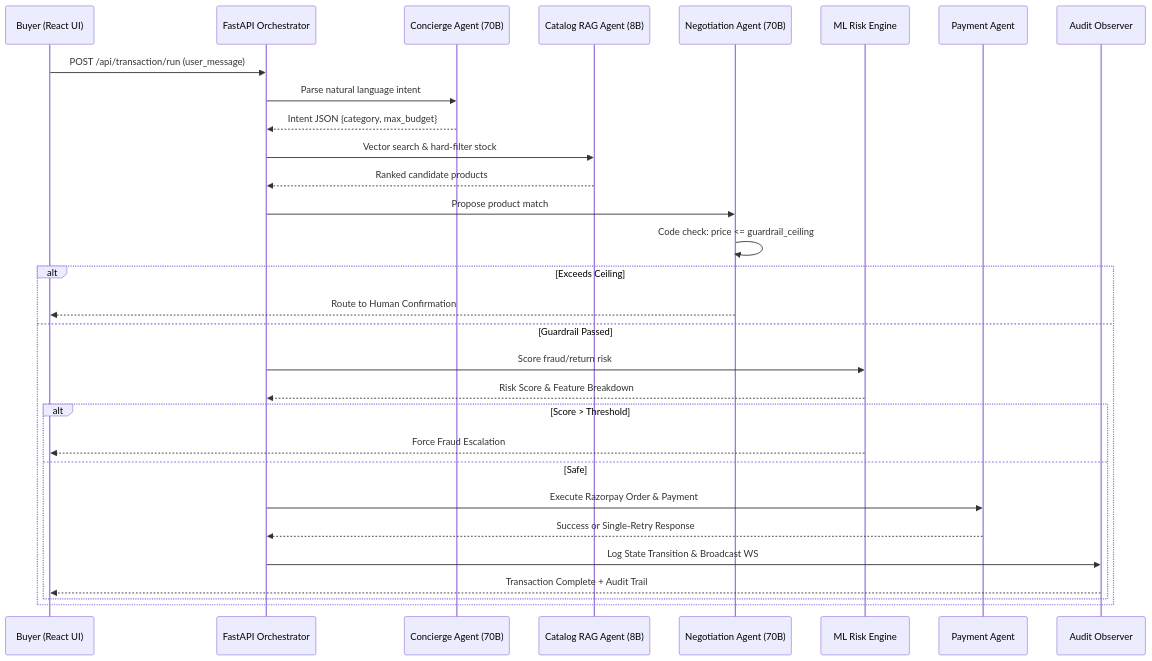
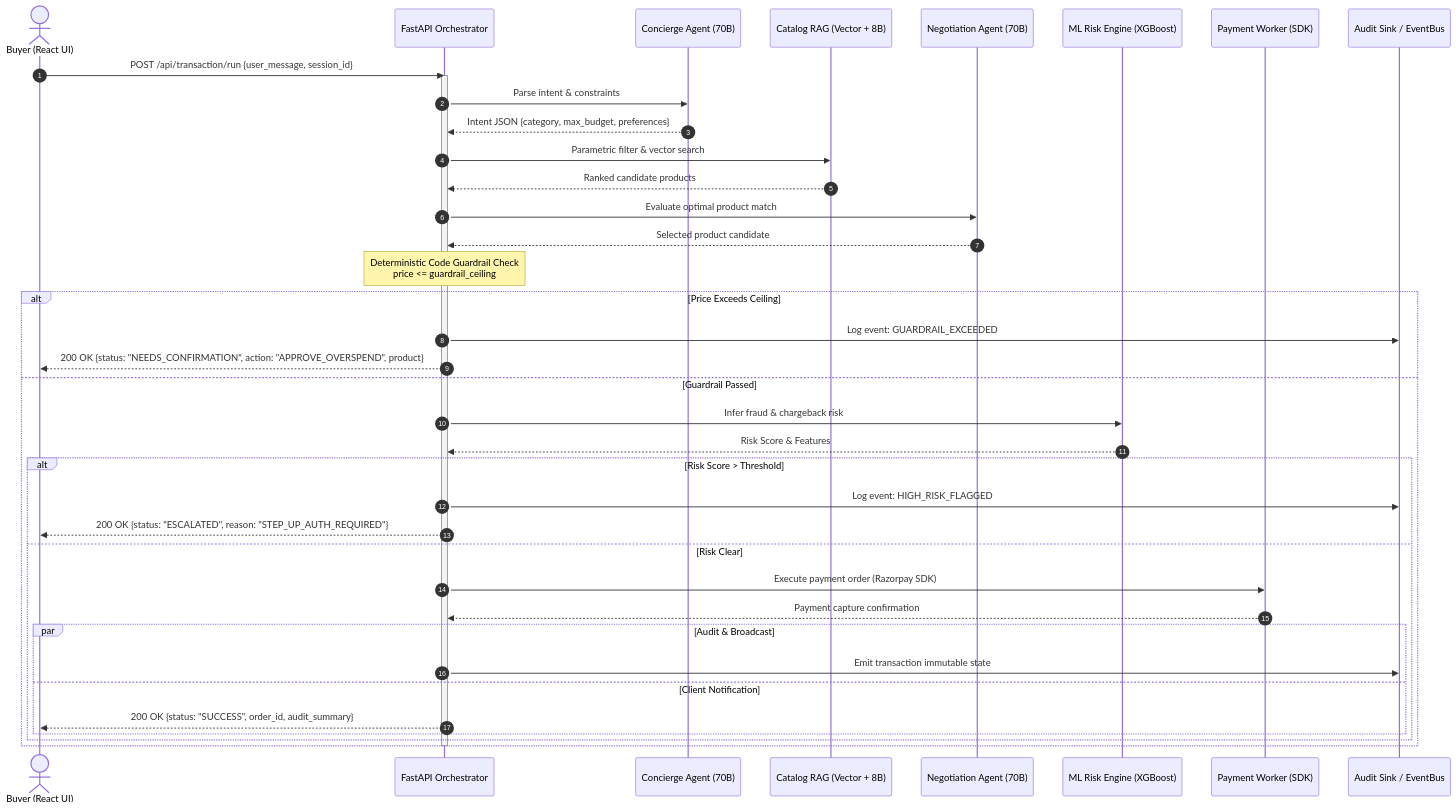
One commit to Neil2813/razorpay-buildathon changed the second of 3 diagrams in README.md. Above: the diagram before and after it, drawn with Mermaid.

````diff
--- a/README.md
+++ b/README.md
@@ -240,33 +240,49 @@
 ```mermaid
 sequenceDiagram
-    participant Buyer as Buyer (React UI)
+    autonumber
+    actor Buyer as Buyer (React UI)
     participant API as FastAPI Orchestrator
     participant Concierge as Concierge Agent (70B)
-    participant Catalog as Catalog RAG Agent (8B)
+    participant Catalog as Catalog RAG (Vector + 8B)
     participant Neg as Negotiation Agent (70B)
-    participant Risk as ML Risk Engine
-    participant Pay as Payment Agent
-    participant Audit as Audit Observer
+    participant Risk as ML Risk Engine (XGBoost)
+    participant Pay as Payment Worker (SDK)
+    participant Audit as Audit Sink / EventBus
 
-    Buyer->>API: POST /api/transaction/run (user_message)
-    API->>Concierge: Parse natural language intent
-    Concierge-->>API: Intent JSON {category, max_budget}
-    API->>Catalog: Vector search & hard-filter stock
+    Buyer->>API: POST /api/transaction/run {user_message, session_id}
+    activate API
+
+    API->>Concierge: Parse intent & constraints
+    Concierge-->>API: Intent JSON {category, max_budget, preferences}
+
+    API->>Catalog: Parametric filter & vector search
     Catalog-->>API: Ranked candidate products
-    API->>Neg: Propose product match
-    Neg->>Neg: Code check: price <= guardrail_ceiling
-    alt Exceeds Ceiling
-        Neg-->>Buyer: Route to Human Confirmation
+
+    API->>Neg: Evaluate optimal product match
+    Neg-->>API: Selected product candidate
+
+    Note over API: Deterministic Code Guardrail Check<br/>price <= guardrail_ceiling
+
+    alt Price Exceeds Ceiling
+        API->>Audit: Log event: GUARDRAIL_EXCEEDED
+        API-->>Buyer: 200 OK {status: "NEEDS_CONFIRMATION", action: "APPROVE_OVERSPEND", product}
     else Guardrail Passed
-        API->>Risk: Score fraud/return risk
-        Risk-->>API: Risk Score & Feature Breakdown
-        alt Score > Threshold
-            Risk-->>Buyer: Force Fraud Escalation
-        else Safe
-            API->>Pay: Execute Razorpay Order & Payment
-            Pay-->>API: Success or Single-Retry Response
-            API->>Audit: Log State Transition & Broadcast WS
-            Audit-->>Buyer: Transaction Complete + Audit Trail
+        API->>Risk: Infer fraud & chargeback risk
+        Risk-->>API: Risk Score & Features
+
+        alt Risk Score > Threshold
+            API->>Audit: Log event: HIGH_RISK_FLAGGED
+            API-->>Buyer: 200 OK {status: "ESCALATED", reason: "STEP_UP_AUTH_REQUIRED"}
+        else Risk Clear
+            API->>Pay: Execute payment order (Razorpay SDK)
+            Pay-->>API: Payment capture confirmation
+
+            par Audit & Broadcast
+                API->>Audit: Emit transaction immutable state
+            and Client Notification
+                API-->>Buyer: 200 OK {status: "SUCCESS", order_id, audit_summary}
+            end
         end
     end
+    deactivate API
 ```
````
